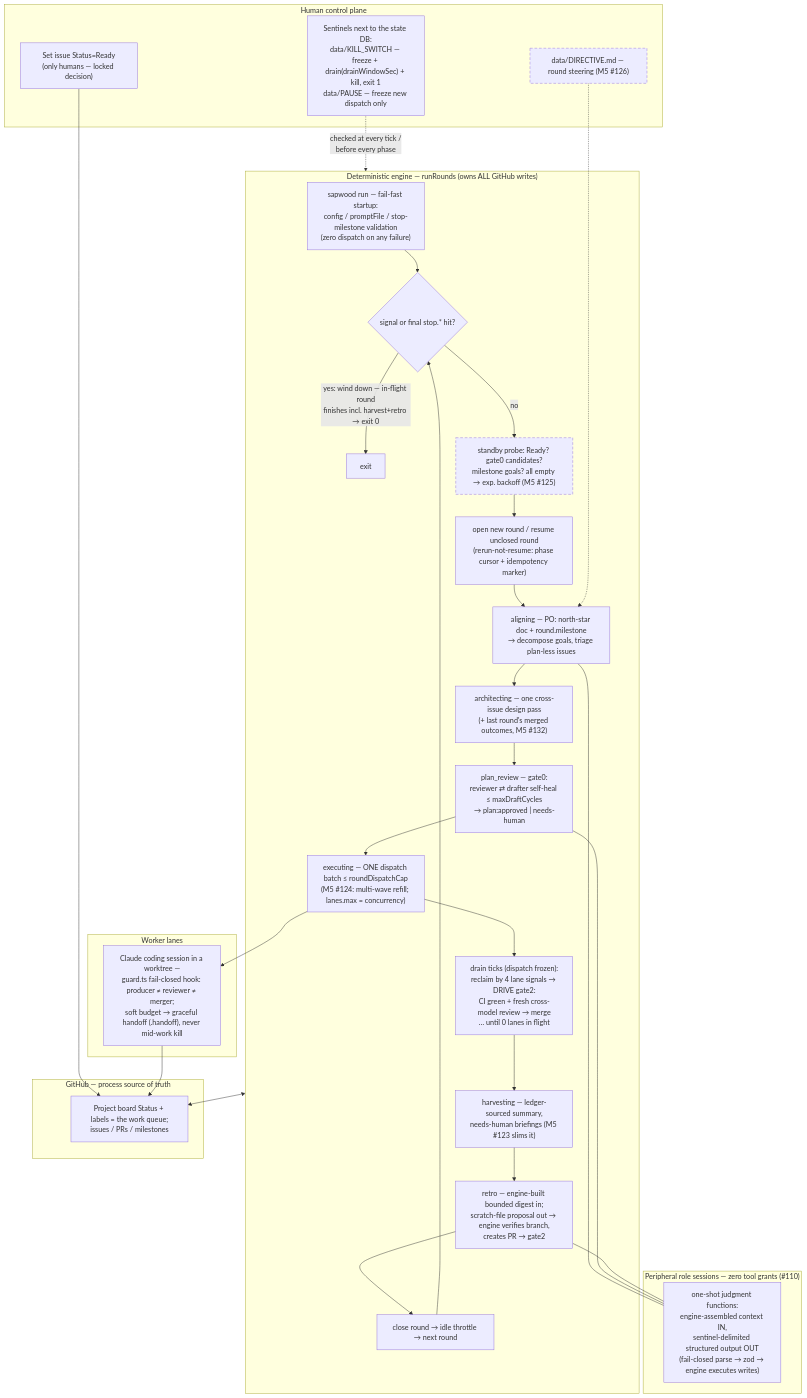
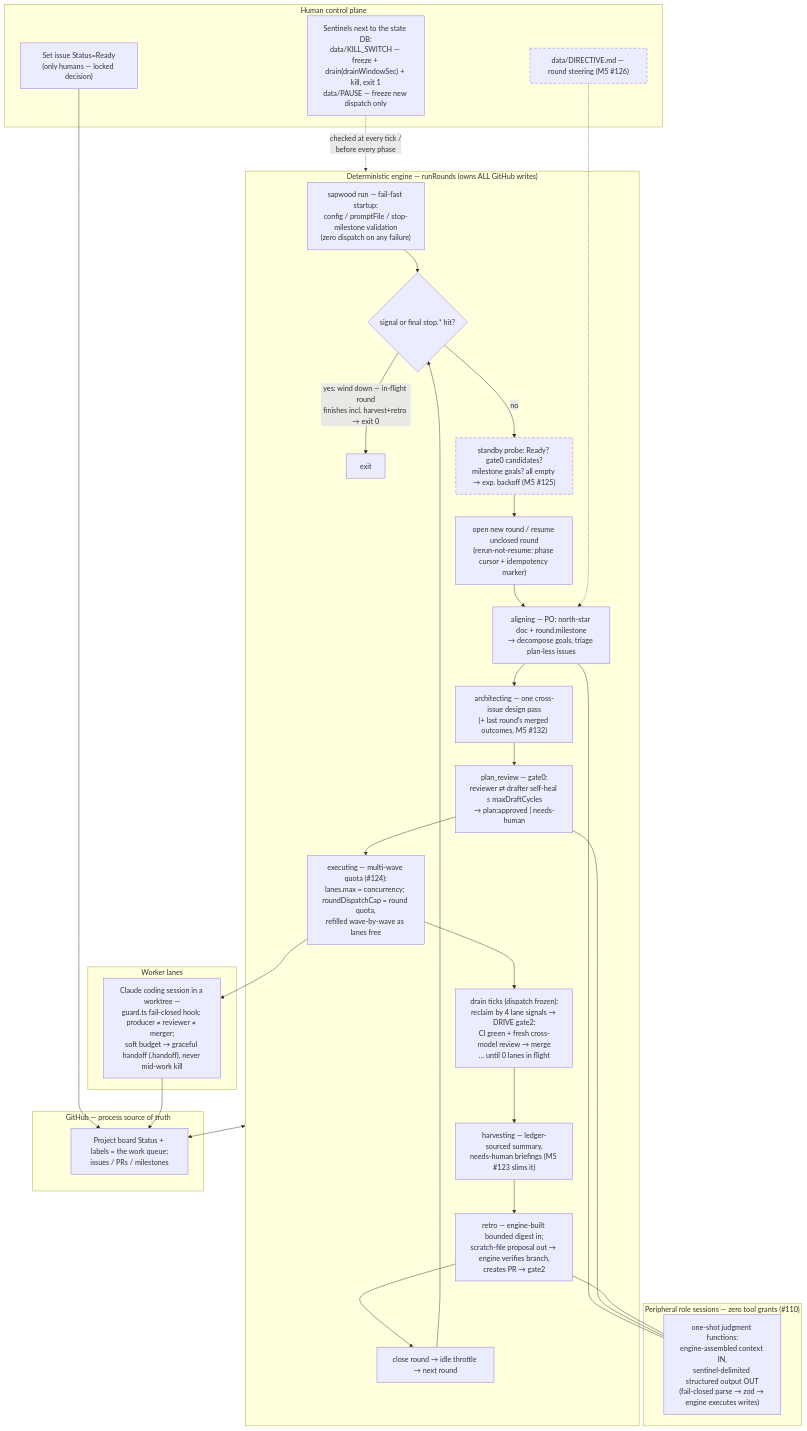
The first of 2 diagrams in docs/system-review-2026-07.md (herehigher/sapwood), drawn with Mermaid before and after one commit. The commit also changed other lines of this file and 8 other files, not shown here.

````diff
--- a/docs/system-review-2026-07.md
+++ b/docs/system-review-2026-07.md
@@ -136,51 +146,51 @@
 ```mermaid
 flowchart TB
   classDef m5 stroke-dasharray: 6 4
 
   subgraph H["Human control plane"]
     HREADY["Set issue Status=Ready<br/>(only humans — locked decision)"]
     HSENT["Sentinels next to the state DB:<br/>data/KILL_SWITCH — freeze + drain(drainWindowSec) + kill, exit 1<br/>data/PAUSE — freeze new dispatch only"]
     HDIR["data/DIRECTIVE.md — round steering (M5 #126)"]:::m5
   end
 
   subgraph E["Deterministic engine — runRounds (owns ALL GitHub writes)"]
     S0["sapwood run — fail-fast startup:<br/>config / promptFile / stop-milestone validation<br/>(zero dispatch on any failure)"]
     G0{"signal or final stop.* hit?"}
     P0["standby probe: Ready? gate0 candidates?<br/>milestone goals? all empty → exp. backoff (M5 #125)"]:::m5
     R0["open new round / resume unclosed round<br/>(rerun-not-resume: phase cursor + idempotency marker)"]
     PH1["aligning — PO: north-star doc + round.milestone<br/>→ decompose goals, triage plan-less issues"]
     PH2["architecting — one cross-issue design pass<br/>(+ last round's merged outcomes, M5 #132)"]
     PH3["plan_review — gate0:<br/>reviewer ⇄ drafter self-heal ≤ maxDraftCycles<br/>→ plan:approved | needs-human"]
-    EX1["executing — ONE dispatch batch ≤ roundDispatchCap<br/>(M5 #124: multi-wave refill; lanes.max = concurrency)"]
+    EX1["executing — multi-wave quota (#124):<br/>lanes.max = concurrency; roundDispatchCap = round quota,<br/>refilled wave-by-wave as lanes free"]
     EX2["drain ticks (dispatch frozen):<br/>reclaim by 4 lane signals → DRIVE gate2:<br/>CI green + fresh cross-model review → merge<br/>… until 0 lanes in flight"]
     PH4["harvesting — ledger-sourced summary,<br/>needs-human briefings (M5 #123 slims it)"]
     PH5["retro — engine-built bounded digest in;<br/>scratch-file proposal out → engine verifies branch,<br/>creates PR → gate2"]
     C0["close round → idle throttle → next round"]
 
     S0 --> G0
     G0 -- "yes: wind down — in-flight round<br/>finishes incl. harvest+retro → exit 0" --> X0["exit"]
     G0 -- "no" --> P0 --> R0 --> PH1 --> PH2 --> PH3 --> EX1 --> EX2 --> PH4 --> PH5 --> C0 --> G0
   end
 
   subgraph RS["Peripheral role sessions — zero tool grants (#110)"]
     R1["one-shot judgment functions:<br/>engine-assembled context IN,<br/>sentinel-delimited structured output OUT<br/>(fail-closed parse → zod → engine executes writes)"]
   end
 
   subgraph WK["Worker lanes"]
     W1["Claude coding session in a worktree —<br/>guard.ts fail-closed hook: producer ≠ reviewer ≠ merger;<br/>soft budget → graceful handoff (.handoff), never mid-work kill"]
   end
 
   subgraph GH["GitHub — process source of truth"]
     B1["Project board Status + labels = the work queue;<br/>issues / PRs / milestones"]
   end
 
   HREADY --> B1
   HSENT -. "checked at every tick /<br/>before every phase" .-> E
   HDIR -.-> PH1
   PH1 --- R1
   PH3 --- R1
   PH5 --- R1
   EX1 --> W1
   W1 --> B1
   E <--> B1
 ```
````
